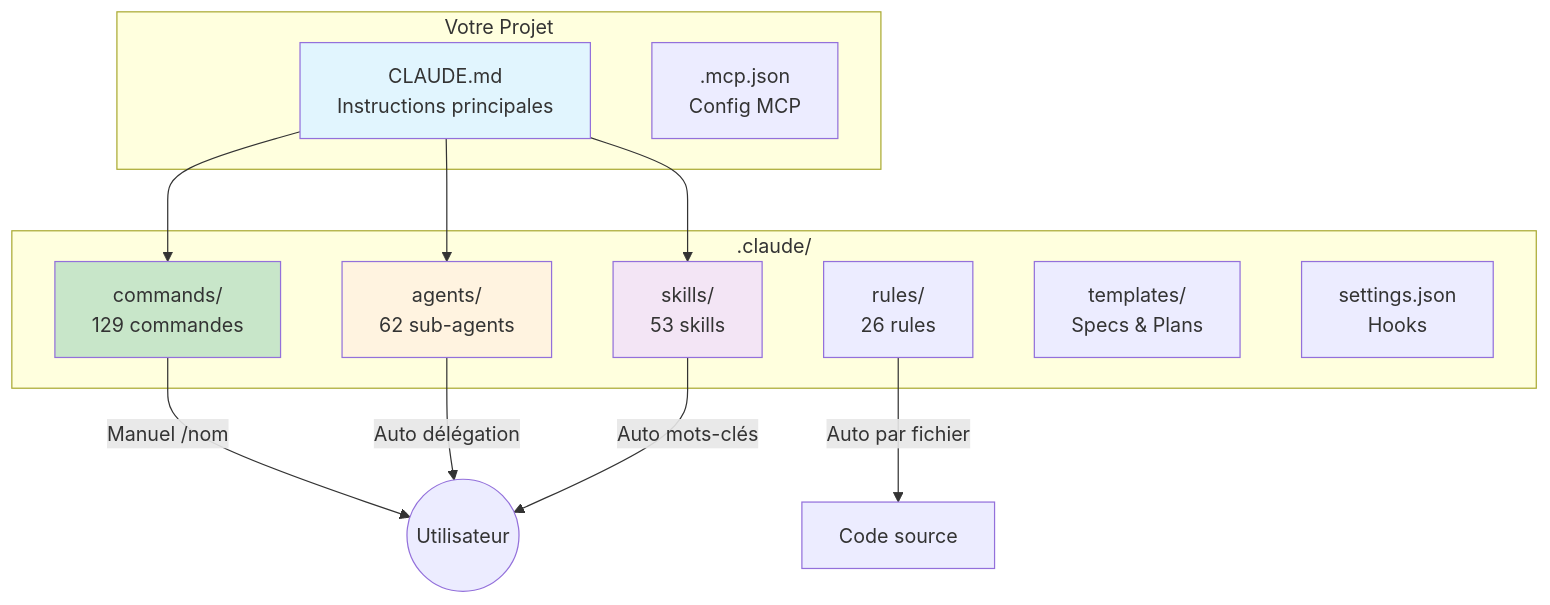
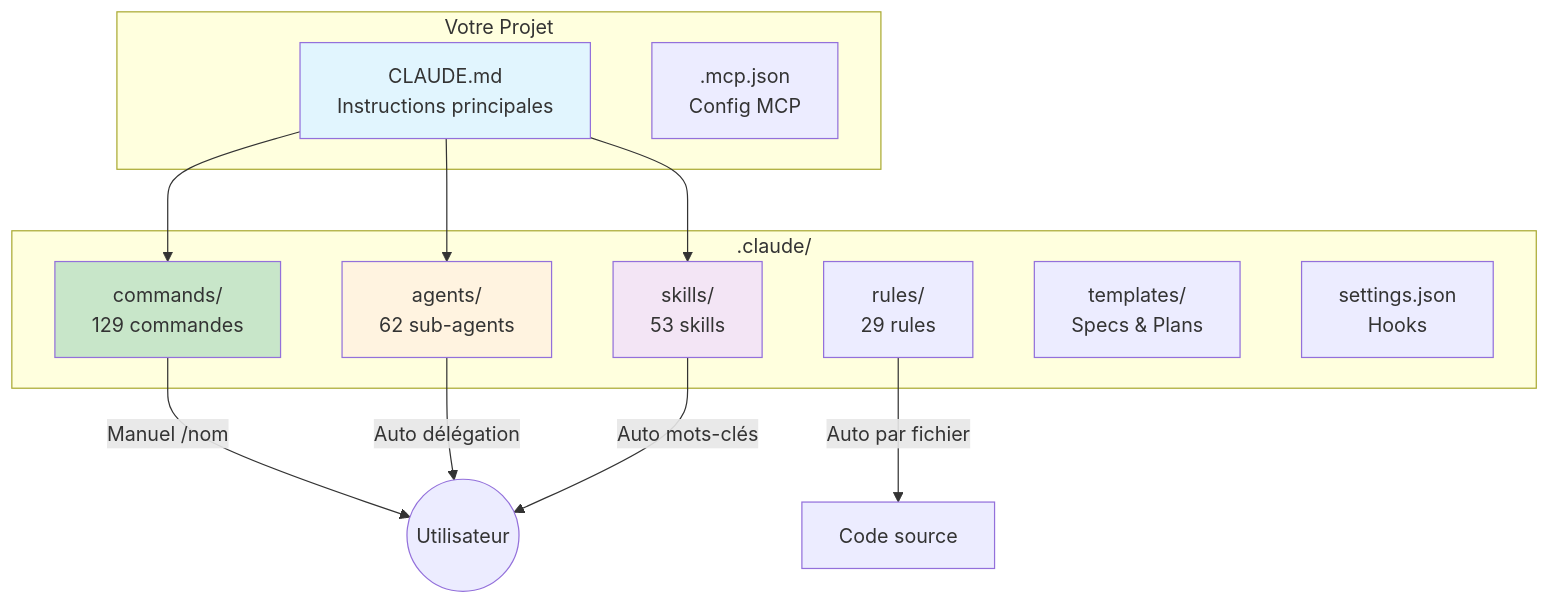
The first of 2 diagrams in website/docs/intro/architecture.md (christopherlouet/claude-base), drawn with Mermaid before and after one commit. The commit also changed other lines of this file and 34 other files, not shown here.

````diff
--- a/website/docs/intro/architecture.md
+++ b/website/docs/intro/architecture.md
@@ -15,30 +15,30 @@
 ```mermaid
 graph TB
     subgraph "Votre Projet"
         CLAUDE[CLAUDE.md<br/>Instructions principales]
         MCP[.mcp.json<br/>Config MCP]
     end
 
     subgraph ".claude/"
         CMDS[commands/<br/>129 commandes]
         AGENTS[agents/<br/>62 sub-agents]
         SKILLS[skills/<br/>53 skills]
-        RULES[rules/<br/>26 rules]
+        RULES[rules/<br/>29 rules]
         TPL[templates/<br/>Specs & Plans]
         SETTINGS[settings.json<br/>Hooks]
     end
 
     CLAUDE --> CMDS
     CLAUDE --> AGENTS
     CLAUDE --> SKILLS
 
     CMDS --> |"Manuel /nom"| USER((Utilisateur))
     AGENTS --> |"Auto délégation"| USER
     SKILLS --> |"Auto mots-clés"| USER
     RULES --> |"Auto par fichier"| CODE[Code source]
 
     style CLAUDE fill:#e1f5fe
     style CMDS fill:#c8e6c9
     style AGENTS fill:#fff3e0
     style SKILLS fill:#f3e5f5
 ```
````
